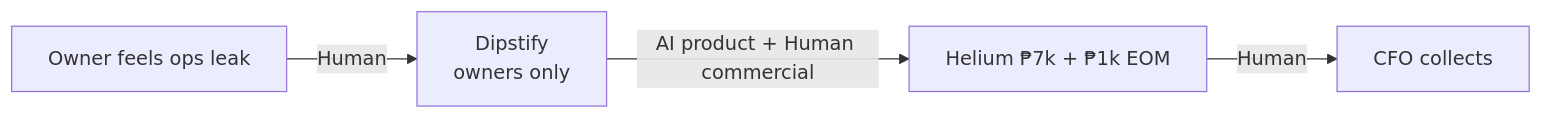
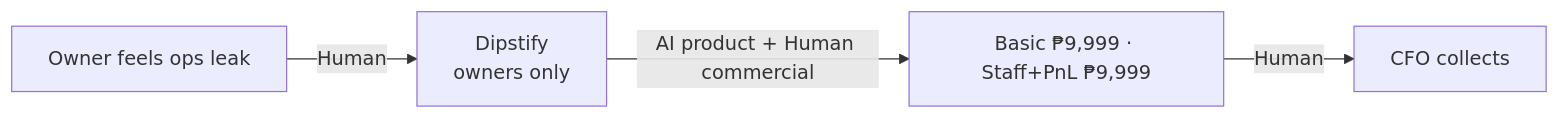
One commit to hdashadm-afk/TVGSUOS changed the fourth of 5 diagrams in docs/ORG_CHART.md. Above: the diagram before and after it, drawn with Mermaid. The commit also changed other lines of this file and 23 other files, not shown here.

````diff
--- a/docs/ORG_CHART.md
+++ b/docs/ORG_CHART.md
@@ -131,6 +131,6 @@
 ```mermaid
 flowchart LR
   L["Owner feels ops leak"] -->|Human| D["Dipstify\nowners only"]
-  D -->|AI product + Human commercial| C["Helium ₱7k + ₱1k EOM"]
+  D -->|AI product + Human commercial| C["Basic ₱9,999 · Staff+PnL ₱9,999"]
   C -->|Human| F["CFO collects"]
 ```
````
